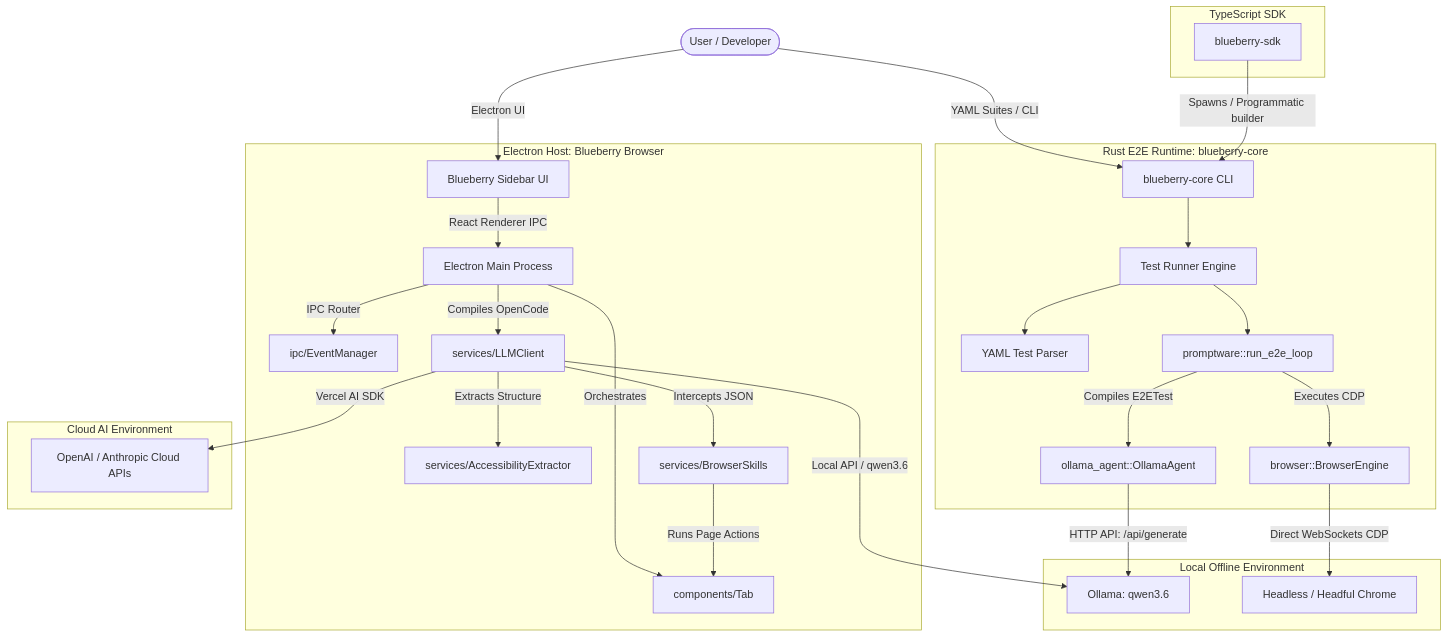
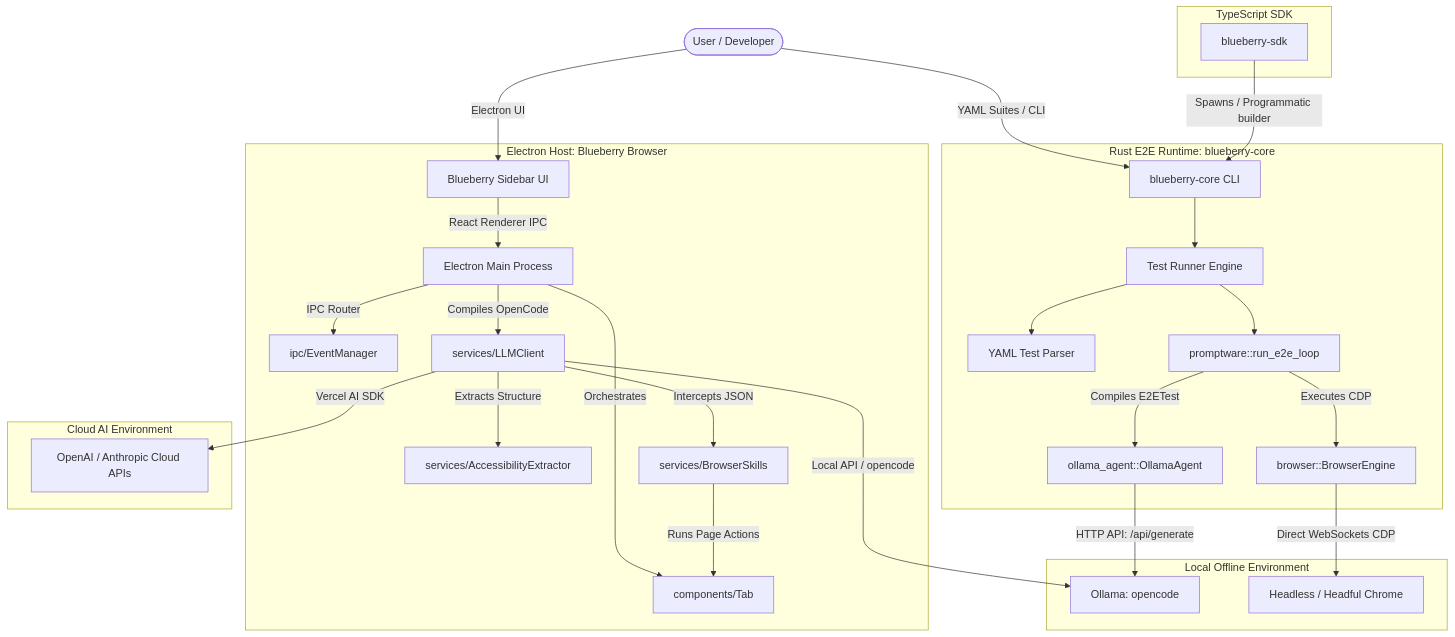
The diagram in arch.md (rorychatt/blueberry-browser), drawn with Mermaid before and after one commit. The commit also changed other lines of this file and 3 other files, not shown here.

Commit message:
chore: update default Ollama model config and docs to opencode

````diff
--- a/arch.md
+++ b/arch.md
@@ -11,37 +11,37 @@
 ```mermaid
 graph TD
     User([User / Developer]) -->|Electron UI| BrowserUI[Blueberry Sidebar UI]
     User -->|YAML Suites / CLI| CoreCLI[blueberry-core CLI]
 
     subgraph electron_app [Electron Host: Blueberry Browser]
         BrowserUI -->|React Renderer IPC| MainProcess[Electron Main Process]
         MainProcess -->|IPC Router| EventManager[ipc/EventManager]
         MainProcess -->|Orchestrates| TabComponent[components/Tab]
         MainProcess -->|Compiles OpenCode| LLMClient[services/LLMClient]
         LLMClient -->|Extracts Structure| AccessibilityExtractor[services/AccessibilityExtractor]
         LLMClient -->|Intercepts JSON| BrowserSkills[services/BrowserSkills]
         BrowserSkills -->|Runs Page Actions| TabComponent
     end
 
     subgraph Rust E2E Runtime: blueberry-core
         CoreCLI --> Runner[Test Runner Engine]
         Runner --> Parser[YAML Test Parser]
         Runner --> PromptwareRS[promptware::run_e2e_loop]
         PromptwareRS -->|Compiles E2ETest| AgentClient[ollama_agent::OllamaAgent]
         PromptwareRS -->|Executes CDP| Interaction[browser::BrowserEngine]
     end
 
     subgraph local_env [Local Offline Environment]
-        AgentClient -->|HTTP API: /api/generate| LocalOllama[Ollama: qwen3.6]
-        LLMClient -->|Local API / qwen3.6| LocalOllama
+        AgentClient -->|HTTP API: /api/generate| LocalOllama[Ollama: opencode]
+        LLMClient -->|Local API / opencode| LocalOllama
         Interaction -->|Direct WebSockets CDP| HeadlessChrome[Headless / Headful Chrome]
     end
 
     subgraph ts_sdk [TypeScript SDK]
         TSSDK[blueberry-sdk] -->|Spawns / Programmatic builder| CoreCLI
     end
 
     subgraph cloud_env [Cloud AI Environment]
         LLMClient -->|Vercel AI SDK| CloudLLM[OpenAI / Anthropic Cloud APIs]
     end
 ```
````
